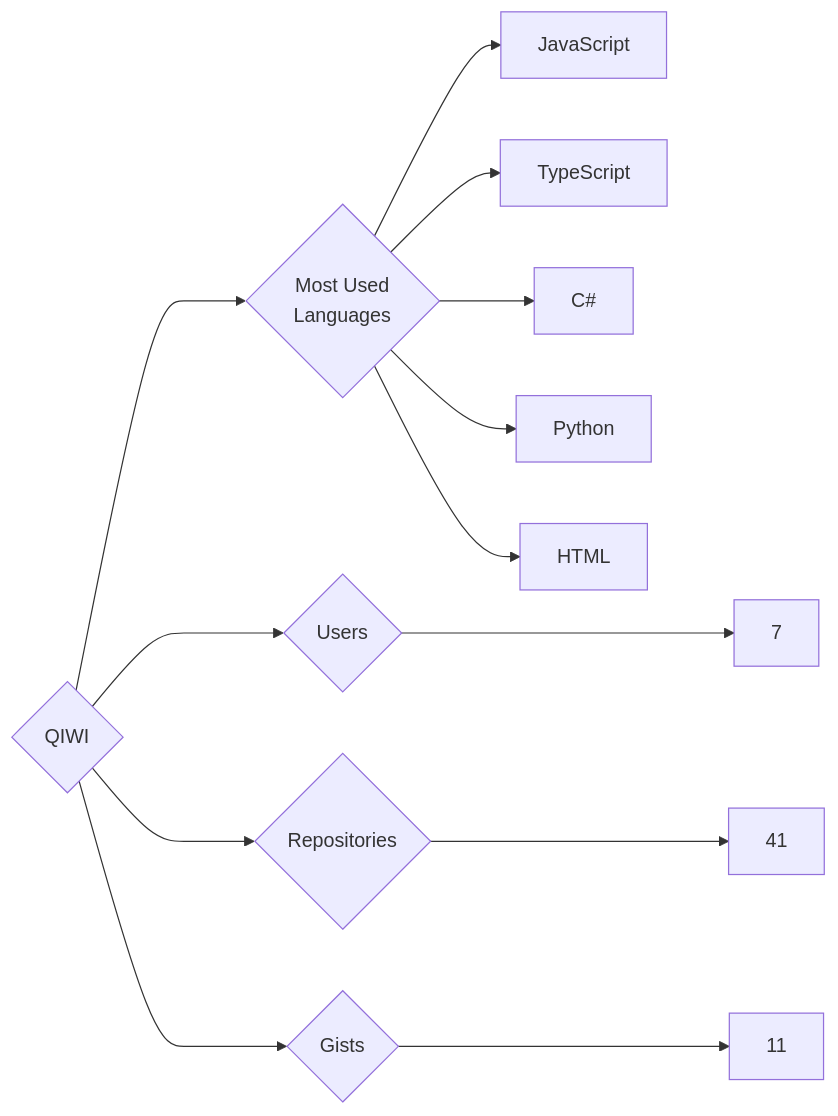
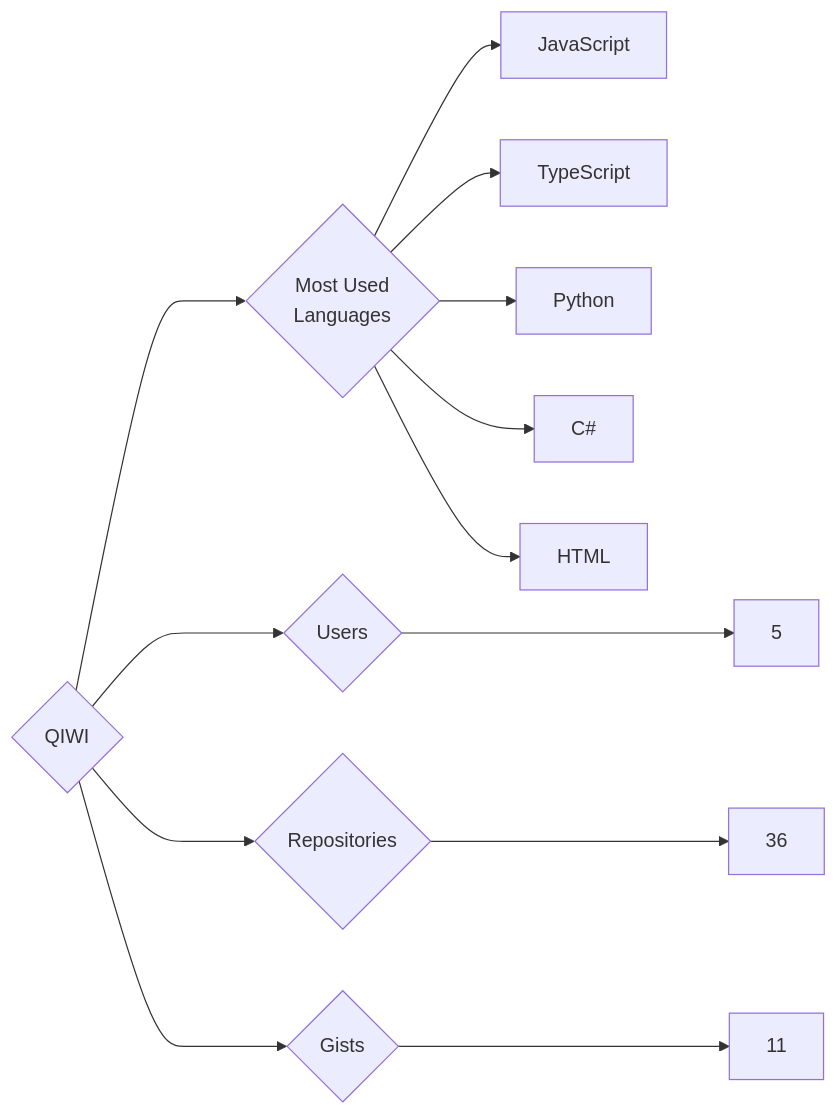
The diagram in targets/QIWI/README.md (trickest/insiders), drawn with Mermaid before and after one commit. The commit also changed 794 other files, not shown here.

````diff
--- a/targets/QIWI/README.md
+++ b/targets/QIWI/README.md
@@ -3,13 +3,13 @@
 ```mermaid
 graph LR
 COMPANY_NAME{QIWI}
-COMPANY_NAME ---> U{Users} ---> UN[7]
-COMPANY_NAME ---> R{Repositories} ---> RN[41]
+COMPANY_NAME ---> U{Users} ---> UN[5]
+COMPANY_NAME ---> R{Repositories} ---> RN[36]
 COMPANY_NAME ---> G{Gists} ---> GN[11]
 COMPANY_NAME ---> ML{Most Used<br>Languages}
 ML --> JavaScript[JavaScript]
 ML --> TypeScript[TypeScript]
+ML --> Python[Python]
 ML --> C#[C#]
-ML --> Python[Python]
 ML --> HTML[HTML]
 ```
````
